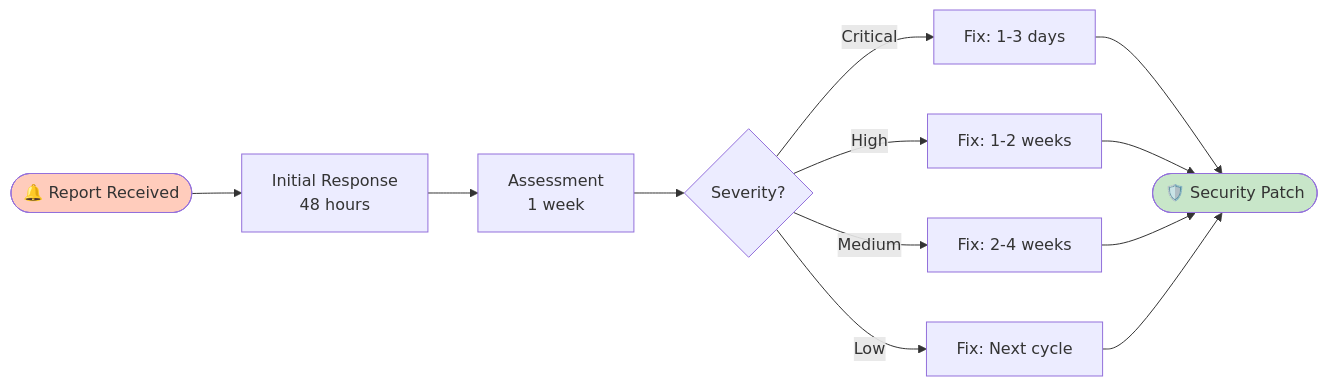
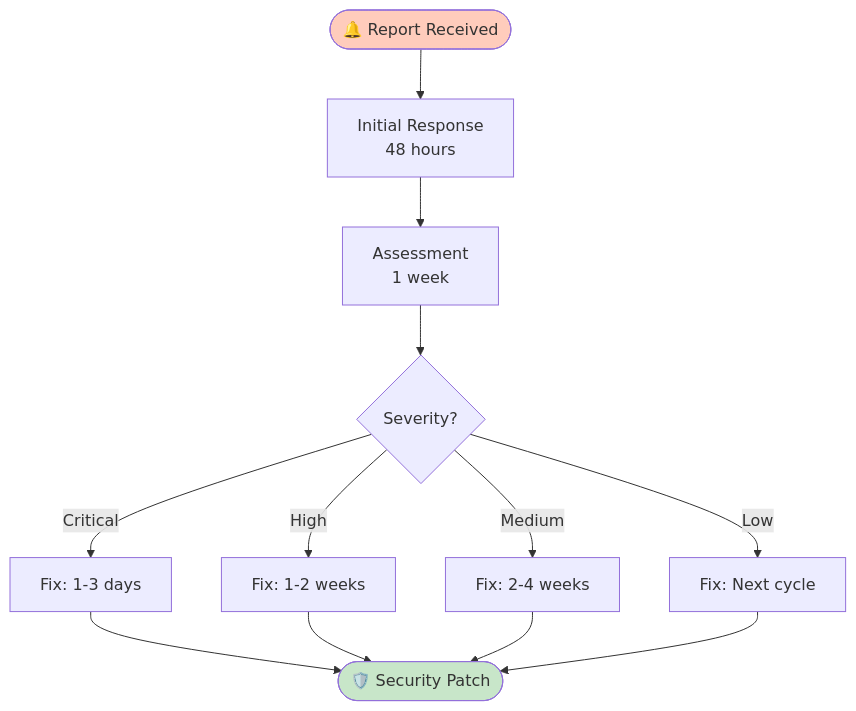
Before and after one commit to toolate28/SpiralSafe: the diagram in SECURITY.md, drawn with Mermaid. The commit also changed other lines of this file and 9 other files, not shown here.

````diff
--- a/SECURITY.md
+++ b/SECURITY.md
@@ -46,19 +44,19 @@
 ```mermaid
-graph LR
+graph TD
     Report([🔔 Report Received]) --> Initial[Initial Response<br/>48 hours]
     Initial --> Assess[Assessment<br/>1 week]
     Assess --> Severity{Severity?}
     
     Severity -->|Critical| C[Fix: 1-3 days]
     Severity -->|High| H[Fix: 1-2 weeks]
     Severity -->|Medium| M[Fix: 2-4 weeks]
     Severity -->|Low| L[Fix: Next cycle]
     
     C --> Release([🛡️ Security Patch])
     H --> Release
     M --> Release
     L --> Release
     
     style Report fill:#ffccbc
     style Release fill:#c8e6c9
 ```
````
